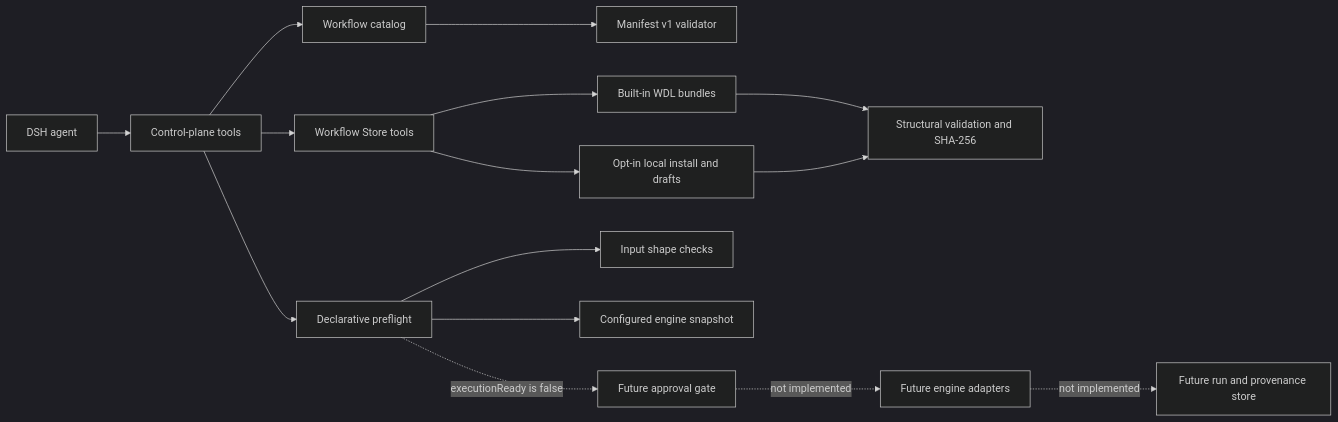
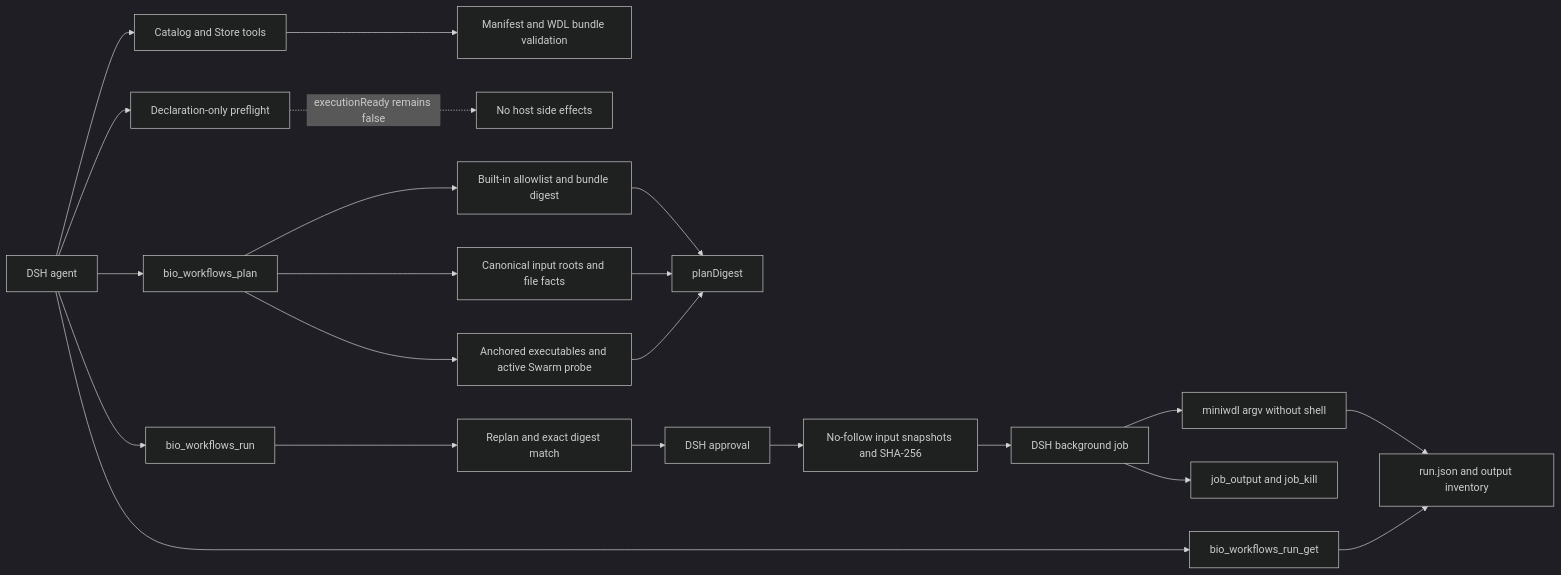
One commit to qzhqzh/dsh-bio-workflows changed the diagram in docs/design-and-status.md. Above: the diagram before and after it, drawn with Mermaid (dark theme). The commit also changed other lines of this file and 31 other files, not shown here.

First line of the commit message:
#7 feat: add opt-in miniwdl execution MVP (#8)

````diff
--- a/docs/design-and-status.md
+++ b/docs/design-and-status.md
@@ -24,17 +31,24 @@
 ```mermaid
 flowchart LR
-  A[DSH agent] --> B[Control-plane tools]
-  B --> C[Workflow catalog]
-  C --> D[Manifest v1 validator]
-  B --> K[Workflow Store tools]
-  K --> L[Built-in WDL bundles]
-  K --> M[Opt-in local install and drafts]
-  L --> N[Structural validation and SHA-256]
-  M --> N
-  B --> E[Declarative preflight]
-  E --> F[Input shape checks]
-  E --> G[Configured engine snapshot]
-  E -. executionReady is false .-> H[Future approval gate]
-  H -. not implemented .-> I[Future engine adapters]
-  I -. not implemented .-> J[Future run and provenance store]
+  A[DSH agent] --> B[Catalog and Store tools]
+  B --> C[Manifest and WDL bundle validation]
+  A --> D[Declaration-only preflight]
+  D -. executionReady remains false .-> E[No host side effects]
+  A --> F[bio_workflows_plan]
+  F --> G[Built-in allowlist and bundle digest]
+  F --> H[Canonical input roots and file facts]
+  F --> I[Anchored executables and active Swarm probe]
+  G --> J[planDigest]
+  H --> J
+  I --> J
+  A --> K[bio_workflows_run]
+  K --> L[Replan and exact digest match]
+  L --> M[DSH approval]
+  M --> S[No-follow input snapshots and SHA-256]
+  S --> N[DSH background job]
+  N --> O[miniwdl argv without shell]
+  O --> P[run.json and output inventory]
+  N --> Q[job_output and job_kill]
+  A --> R[bio_workflows_run_get]
+  R --> P
 ```
````
